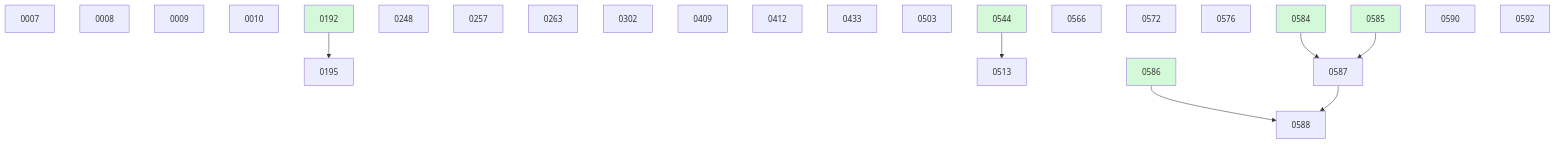
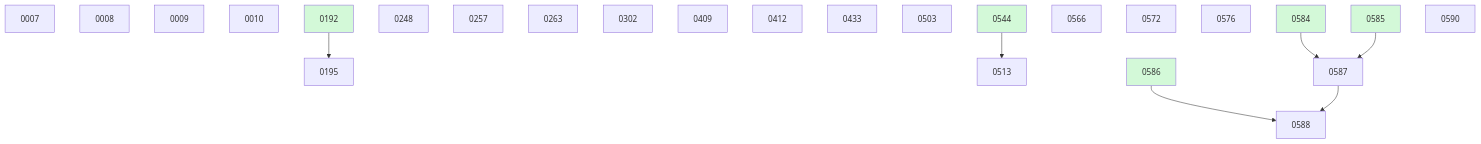
The diagram in docs/changes/BOARD.md (danielhanold/docket), drawn with Mermaid before and after one commit. The commit also changed other lines of this file and 4 other files, not shown here.

````diff
--- a/docs/changes/BOARD.md
+++ b/docs/changes/BOARD.md
@@ -41,32 +35,31 @@
 ```mermaid
 graph TD
   0007
   0008
   0009
   0010
   0192 --> 0195
   0248
   0257
   0263
   0302
   0409
   0412
   0433
   0503
   0544 --> 0513
   0566
   0572
   0576
   0584 --> 0587
   0585 --> 0587
   0586 --> 0588
   0587 --> 0588
   0590
-  0592
   0192:::done
   0544:::done
   0584:::done
   0585:::done
   0586:::done
   classDef done fill:#d3f9d8;
 ```
````
